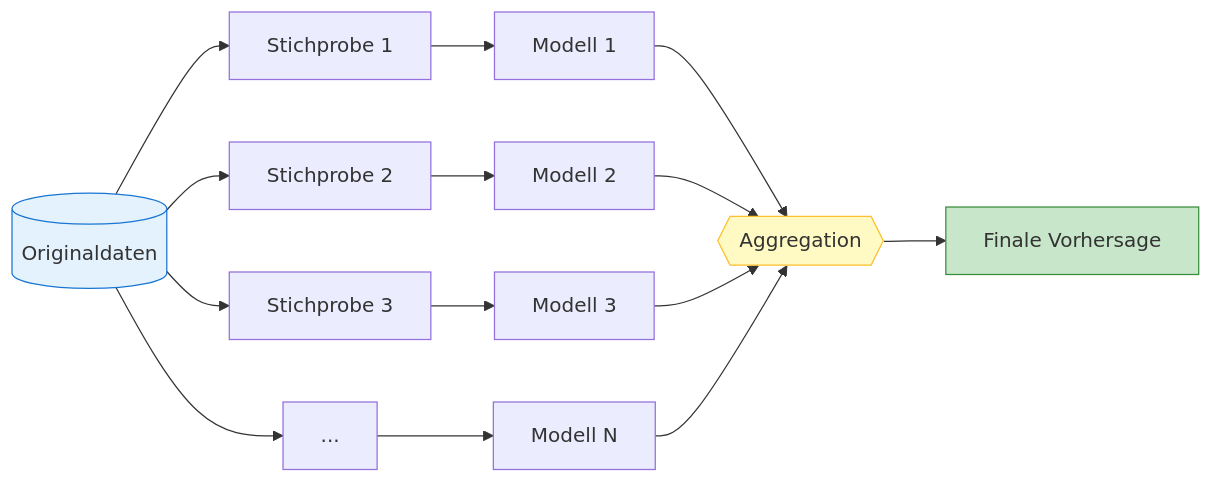
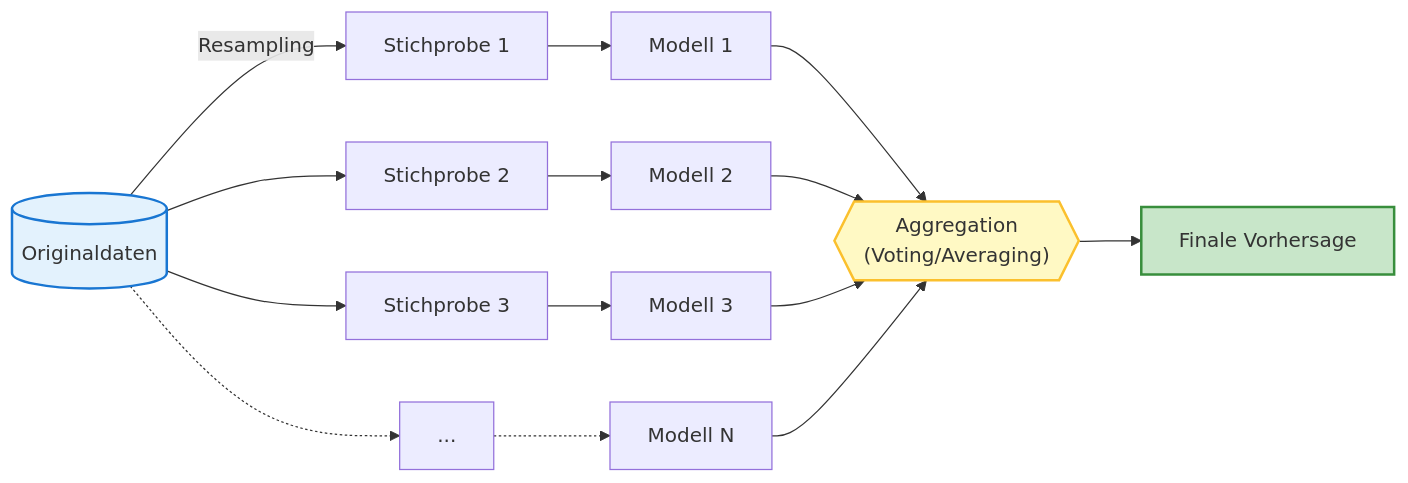
The second of 5 diagrams in docs/concepts/modeling/ensemble.md (ralf-42/ML_Intro), drawn with Mermaid before and after one commit. The commit also changed other lines of this file and 7 other files, not shown here.

````diff
--- a/docs/concepts/modeling/ensemble.md
+++ b/docs/concepts/modeling/ensemble.md
@@ -73,23 +73,23 @@
 ```mermaid
 flowchart LR
-    D[("Originaldaten")] --> S1["Stichprobe 1"]
+    D[("Originaldaten")] -- Resampling --> S1["Stichprobe 1"]
     D --> S2["Stichprobe 2"]
     D --> S3["Stichprobe 3"]
-    D --> SN["..."]
-    
+    D -.-> SN["..."]
+
     S1 --> M1["Modell 1"]
     S2 --> M2["Modell 2"]
     S3 --> M3["Modell 3"]
-    SN --> MN["Modell N"]
-    
-    M1 --> A{{"Aggregation"}}
+    SN -.-> MN["Modell N"]
+
+    M1 --> A{{"Aggregation<br/>(Voting/Averaging)"}}
     M2 --> A
     M3 --> A
     MN --> A
-    
+
     A --> P["Finale Vorhersage"]
-    
-    style D fill:#e3f2fd,stroke:#1976d2
-    style A fill:#fff9c4,stroke:#fbc02d
-    style P fill:#c8e6c9,stroke:#388e3c
+
+    style D fill:#e3f2fd,stroke:#1976d2,stroke-width:2px
+    style A fill:#fff9c4,stroke:#fbc02d,stroke-width:2px
+    style P fill:#c8e6c9,stroke:#388e3c,stroke-width:2px
 ```
````
